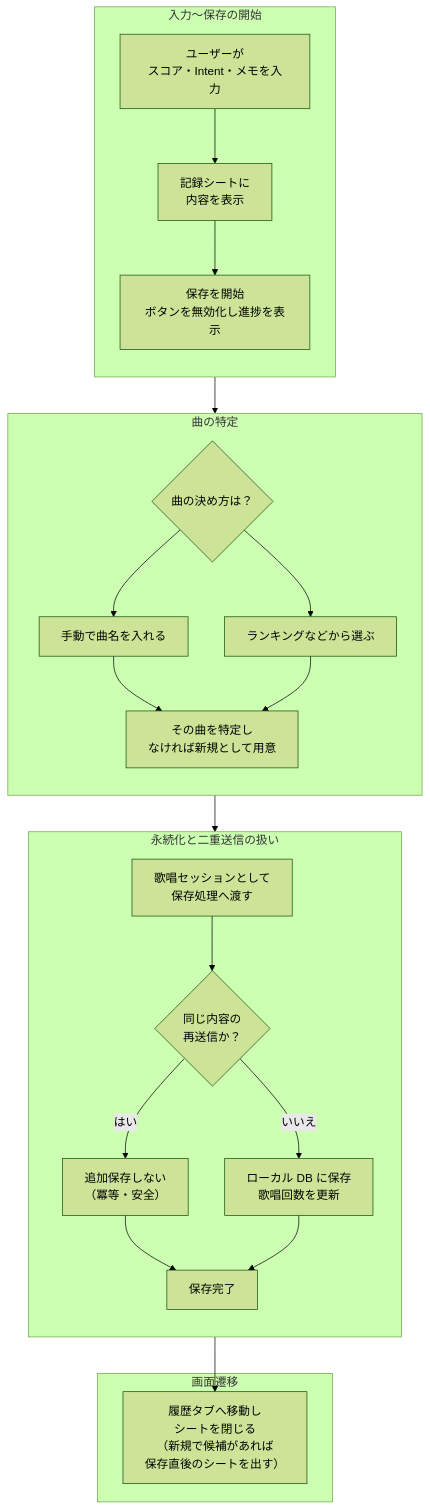
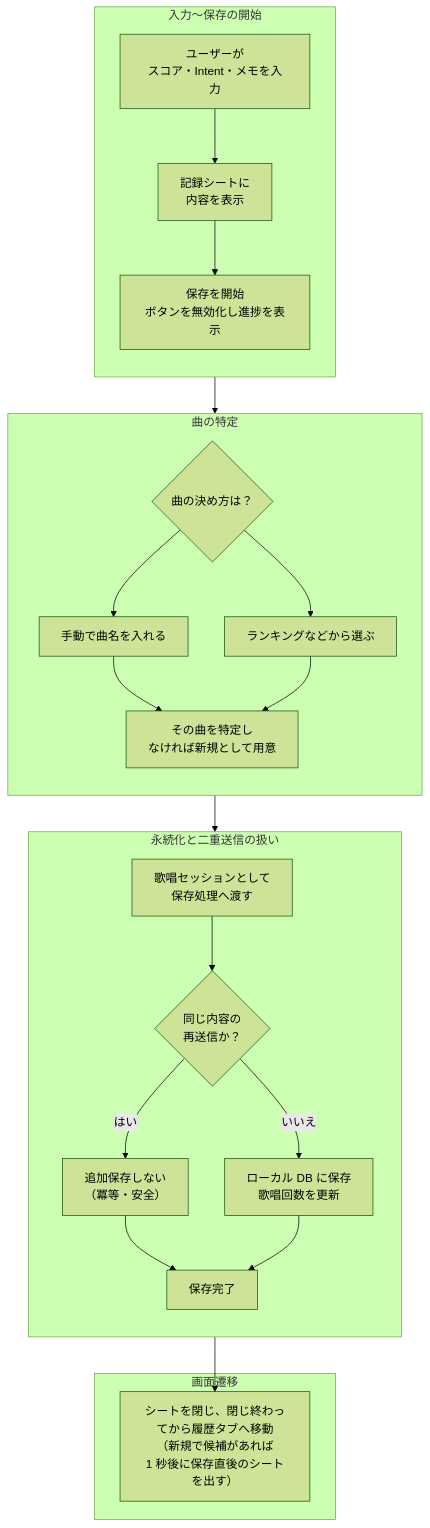
Before and after one commit to omomi-moti/Karaoke_support: the first of 4 diagrams in docs/architecture.md, drawn with Mermaid (forest theme). The commit also changed other lines of this file and 8 other files, not shown here.

````diff
--- a/docs/architecture.md
+++ b/docs/architecture.md
@@ -52,44 +52,44 @@
 ```mermaid
 flowchart TB
     subgraph S1["入力〜保存の開始"]
         direction TB
         A["ユーザーが<br>スコア・Intent・メモを入力"]
         B["記録シートに<br>内容を表示"]
         C["保存を開始<br>ボタンを無効化し進捗を表示"]
         A --> B --> C
     end
 
     subgraph S2["曲の特定"]
         direction TB
         D{曲の決め方は？}
         E["手動で曲名を入れる"]
         R["ランキングなどから選ぶ"]
         T["その曲を特定し<br>なければ新規として用意"]
         D --> E
         D --> R
         E --> T
         R --> T
     end
 
     subgraph S3["永続化と二重送信の扱い"]
         direction TB
         F["歌唱セッションとして<br>保存処理へ渡す"]
         G{"同じ内容の<br>再送信か？"}
         H["追加保存しない<br>（冪等・安全）"]
         I["ローカル DB に保存<br>歌唱回数を更新"]
         J["保存完了"]
         F --> G
         G -->|はい| H
         G -->|いいえ| I
         H --> J
         I --> J
     end
 
     subgraph S4["画面遷移"]
-        K["履歴タブへ移動し<br>シートを閉じる<br>（新規で候補があれば<br>保存直後のシートを出す）"]
+        K["シートを閉じ、閉じ終わってから履歴タブへ移動<br>（新規で候補があれば<br>1 秒後に保存直後のシートを出す）"]
     end
 
     C --> D
     T --> F
     J --> K
 ```
````
